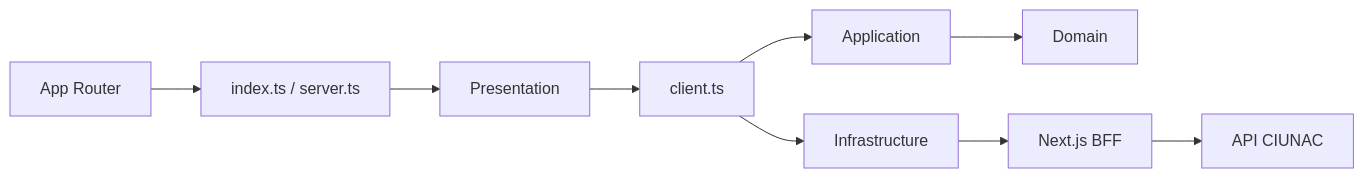
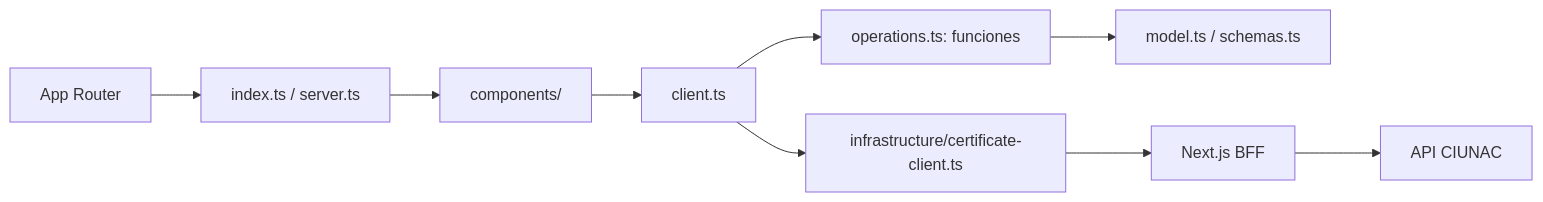
One commit to luismiguelgs/ciunac-sol-1.3 changed the diagram in docs/architecture/adr/021-modular-certificate-request.md. Above: the diagram before and after it, drawn with Mermaid. The commit also changed other lines of this file and 431 other files, not shown here.

````diff
--- a/docs/architecture/adr/021-modular-certificate-request.md
+++ b/docs/architecture/adr/021-modular-certificate-request.md
@@ -28,11 +37,11 @@
 ```mermaid
 flowchart LR
     Route["App Router"] --> Public["index.ts / server.ts"]
-    Public --> UI["Presentation"]
+    Public --> UI["components/"]
     UI --> Client["client.ts"]
-    Client --> UseCases["Application"]
-    UseCases --> Domain["Domain"]
-    Client --> Gateways["Infrastructure"]
+    Client --> UseCases["operations.ts: funciones"]
+    UseCases --> Domain["model.ts / schemas.ts"]
+    Client --> Gateways["infrastructure/certificate-client.ts"]
     Gateways --> BFF["Next.js BFF"]
     BFF --> API["API CIUNAC"]
 ```
````
